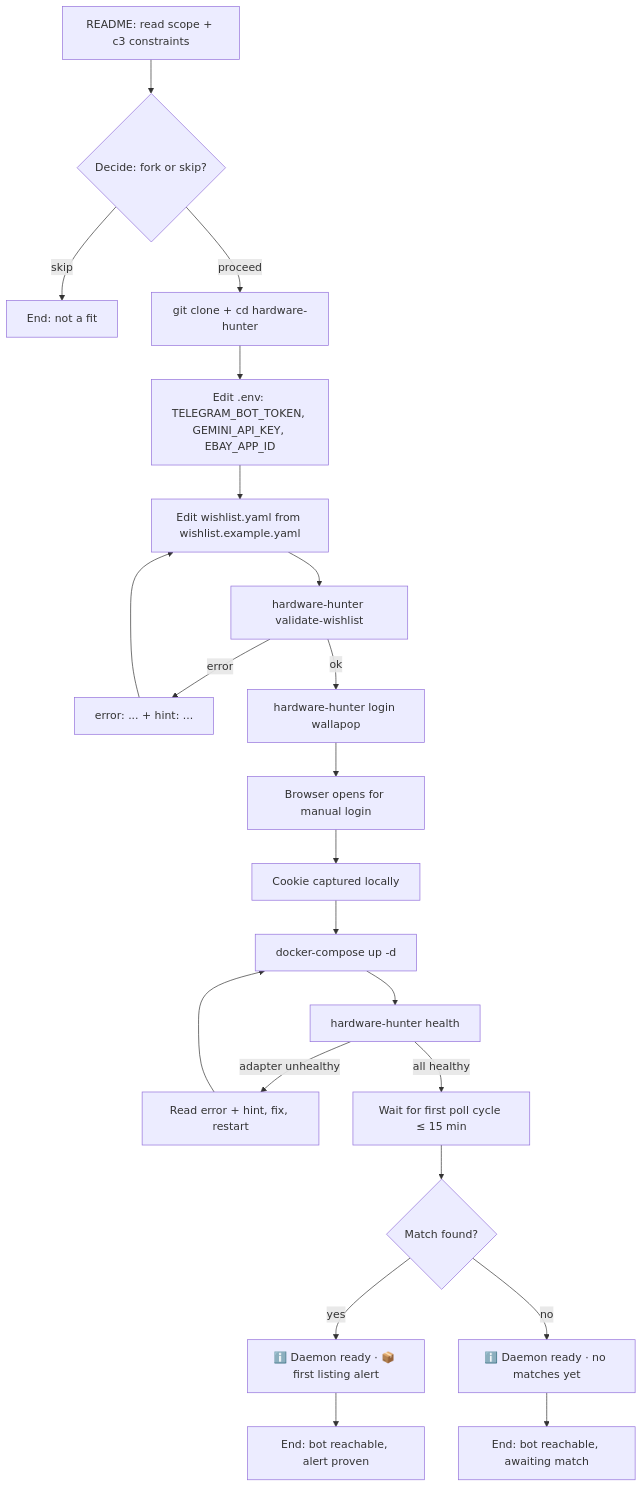
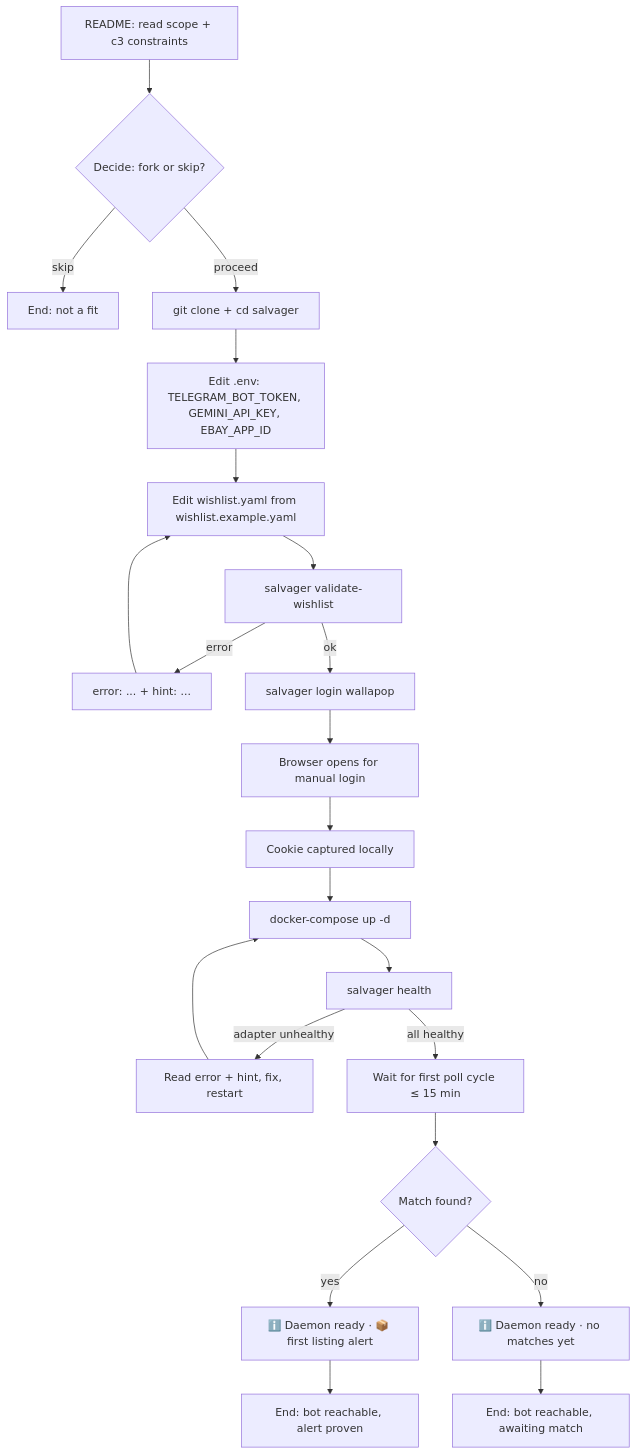
One commit to ifuensan/hardware-hunter changed the first of 6 diagrams in _bmad-output/planning-artifacts/ux-design-specification.md. Above: the diagram before and after it, drawn with Mermaid. The commit also changed other lines of this file and 313 other files, not shown here.

````diff
--- a/_bmad-output/planning-artifacts/ux-design-specification.md
+++ b/_bmad-output/planning-artifacts/ux-design-specification.md
@@ -1383,20 +1383,20 @@
 ```mermaid
 flowchart TD
     A[README: read scope + c3 constraints] --> B{Decide: fork or skip?}
     B -- skip --> Z1[End: not a fit]
-    B -- proceed --> C[git clone + cd hardware-hunter]
+    B -- proceed --> C[git clone + cd salvager]
     C --> D[Edit .env: TELEGRAM_BOT_TOKEN, GEMINI_API_KEY, EBAY_APP_ID]
     D --> E[Edit wishlist.yaml from wishlist.example.yaml]
-    E --> F[hardware-hunter validate-wishlist]
+    E --> F[salvager validate-wishlist]
     F -- error --> F1[error: ... + hint: ...] --> E
-    F -- ok --> G[hardware-hunter login wallapop]
+    F -- ok --> G[salvager login wallapop]
     G --> G1[Browser opens for manual login]
     G1 --> G2[Cookie captured locally]
     G2 --> H[docker-compose up -d]
-    H --> I[hardware-hunter health]
+    H --> I[salvager health]
     I -- adapter unhealthy --> I1[Read error + hint, fix, restart] --> H
     I -- all healthy --> J[Wait for first poll cycle ≤ 15 min]
     J --> K{Match found?}
     K -- yes --> L[ℹ️ Daemon ready · 📦 first listing alert] --> Z2[End: bot reachable, alert proven]
     K -- no --> M[ℹ️ Daemon ready · no matches yet] --> Z3[End: bot reachable, awaiting match]
 ```
````
